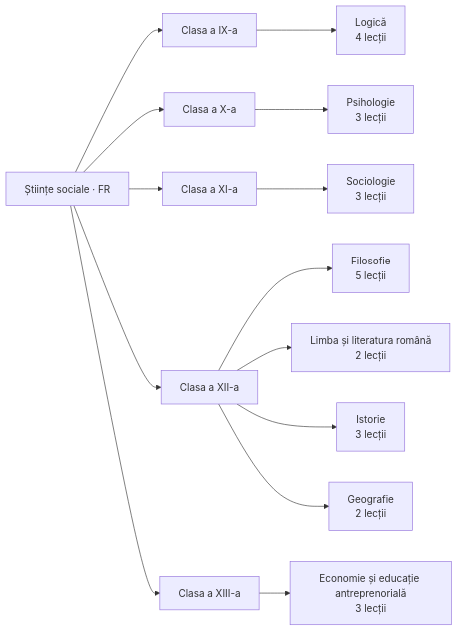
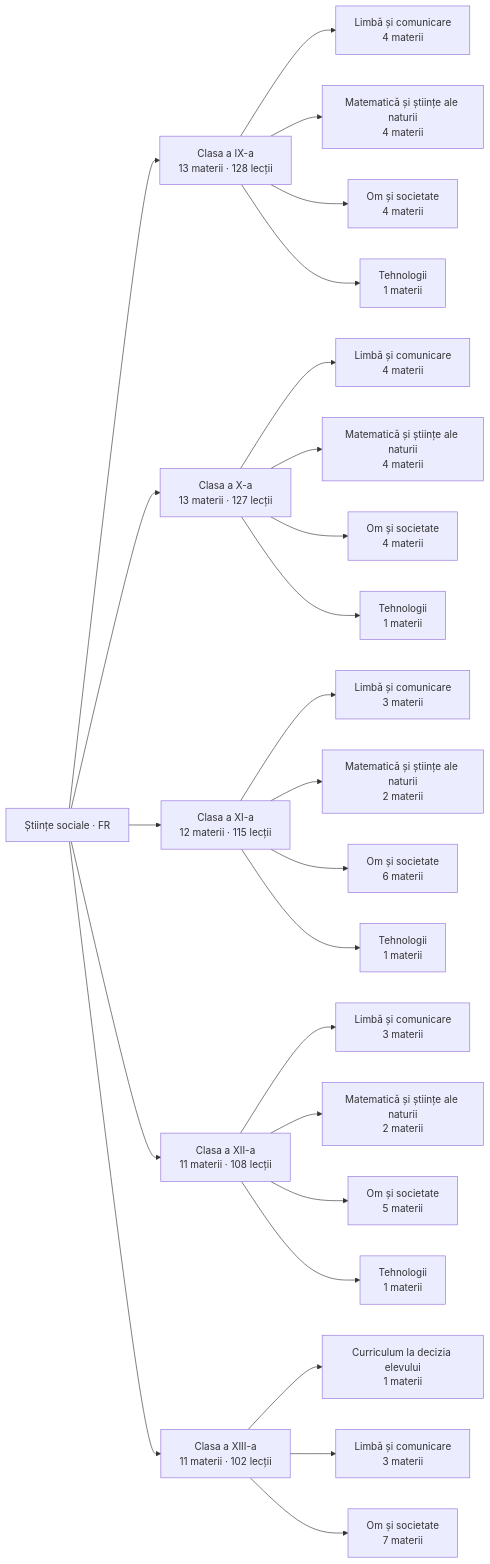
Before and after one commit to almeueste777-ops/Stiinte01: the diagram in vault/Hartă de învățare.md, drawn with Mermaid. The commit also changed other lines of this file and 830 other files, not shown here.

Commit message:
Graphify pe model de module; CI verifica si continutul

````diff
--- a/vault/Hartă de învățare.md
+++ b/vault/Hartă de învățare.md
@@ -10,30 +10,52 @@
 ```mermaid
 graph LR
   P["Științe sociale · FR"]
-  C0["Clasa a IX-a"]
+  C0["Clasa a IX-a<br/>13 materii · 128 lecții"]
   P --> C0
-  C1["Clasa a X-a"]
+  A0_0["Limbă și comunicare<br/>4 materii"]
+  C0 --> A0_0
+  A0_1["Matematică și științe ale naturii<br/>4 materii"]
+  C0 --> A0_1
+  A0_2["Om și societate<br/>4 materii"]
+  C0 --> A0_2
+  A0_3["Tehnologii<br/>1 materii"]
+  C0 --> A0_3
+  C1["Clasa a X-a<br/>13 materii · 127 lecții"]
   P --> C1
-  C2["Clasa a XI-a"]
+  A1_0["Limbă și comunicare<br/>4 materii"]
+  C1 --> A1_0
+  A1_1["Matematică și științe ale naturii<br/>4 materii"]
+  C1 --> A1_1
+  A1_2["Om și societate<br/>4 materii"]
+  C1 --> A1_2
+  A1_3["Tehnologii<br/>1 materii"]
+  C1 --> A1_3
+  C2["Clasa a XI-a<br/>12 materii · 115 lecții"]
   P --> C2
-  C3["Clasa a XII-a"]
+  A2_0["Limbă și comunicare<br/>3 materii"]
+  C2 --> A2_0
+  A2_1["Matematică și științe ale naturii<br/>2 materii"]
+  C2 --> A2_1
+  A2_2["Om și societate<br/>6 materii"]
+  C2 --> A2_2
+  A2_3["Tehnologii<br/>1 materii"]
+  C2 --> A2_3
+  C3["Clasa a XII-a<br/>11 materii · 108 lecții"]
   P --> C3
-  C4["Clasa a XIII-a"]
+  A3_0["Limbă și comunicare<br/>3 materii"]
+  C3 --> A3_0
+  A3_1["Matematică și științe ale naturii<br/>2 materii"]
+  C3 --> A3_1
+  A3_2["Om și societate<br/>5 materii"]
+  C3 --> A3_2
+  A3_3["Tehnologii<br/>1 materii"]
+  C3 --> A3_3
+  C4["Clasa a XIII-a<br/>11 materii · 102 lecții"]
   P --> C4
-  M0["Filosofie<br/>5 lecții"]
-  C3 --> M0
-  M1["Logică<br/>4 lecții"]
-  C0 --> M1
-  M2["Psihologie<br/>3 lecții"]
-  C1 --> M2
-  M3["Sociologie<br/>3 lecții"]
-  C2 --> M3
-  M4["Economie și educație antreprenorială<br/>3 lecții"]
-  C4 --> M4
-  M5["Limba și literatura română<br/>2 lecții"]
-  C3 --> M5
-  M6["Istorie<br/>3 lecții"]
-  C3 --> M6
-  M7["Geografie<br/>2 lecții"]
-  C3 --> M7
+  A4_0["Curriculum la decizia elevului<br/>1 materii"]
+  C4 --> A4_0
+  A4_1["Limbă și comunicare<br/>3 materii"]
+  C4 --> A4_1
+  A4_2["Om și societate<br/>7 materii"]
+  C4 --> A4_2
 ```
````
